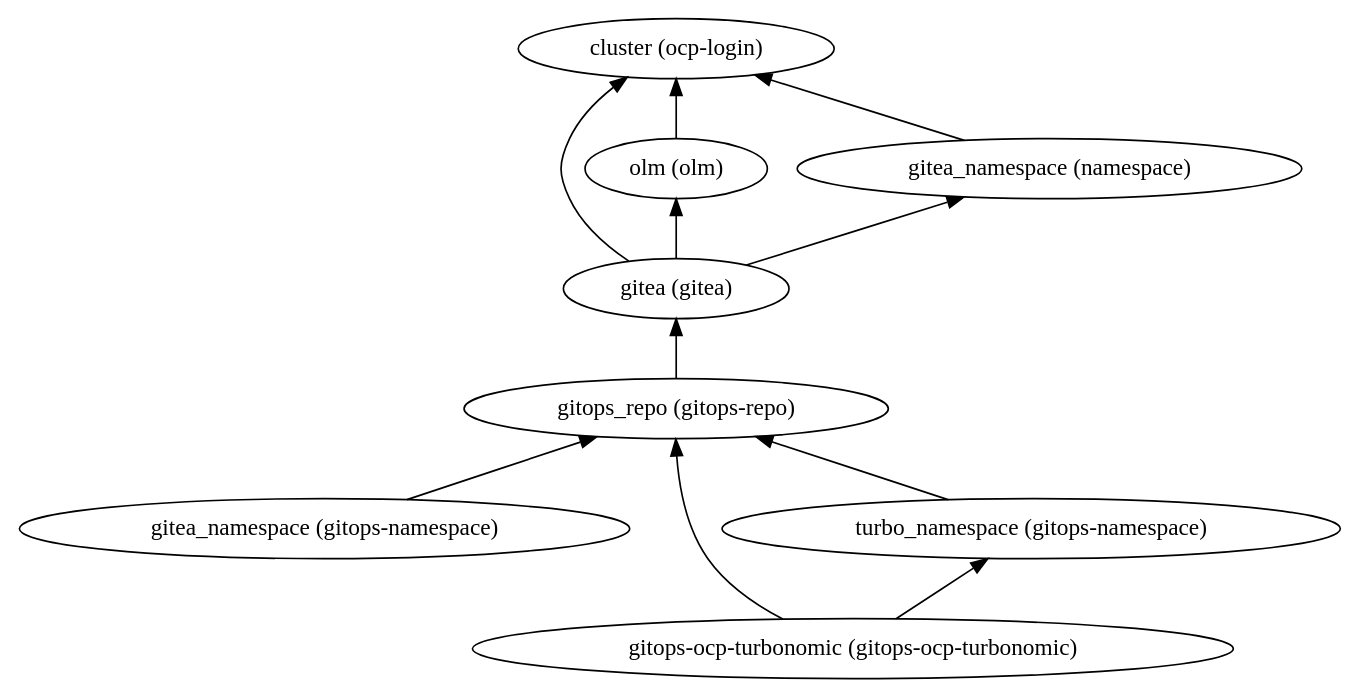
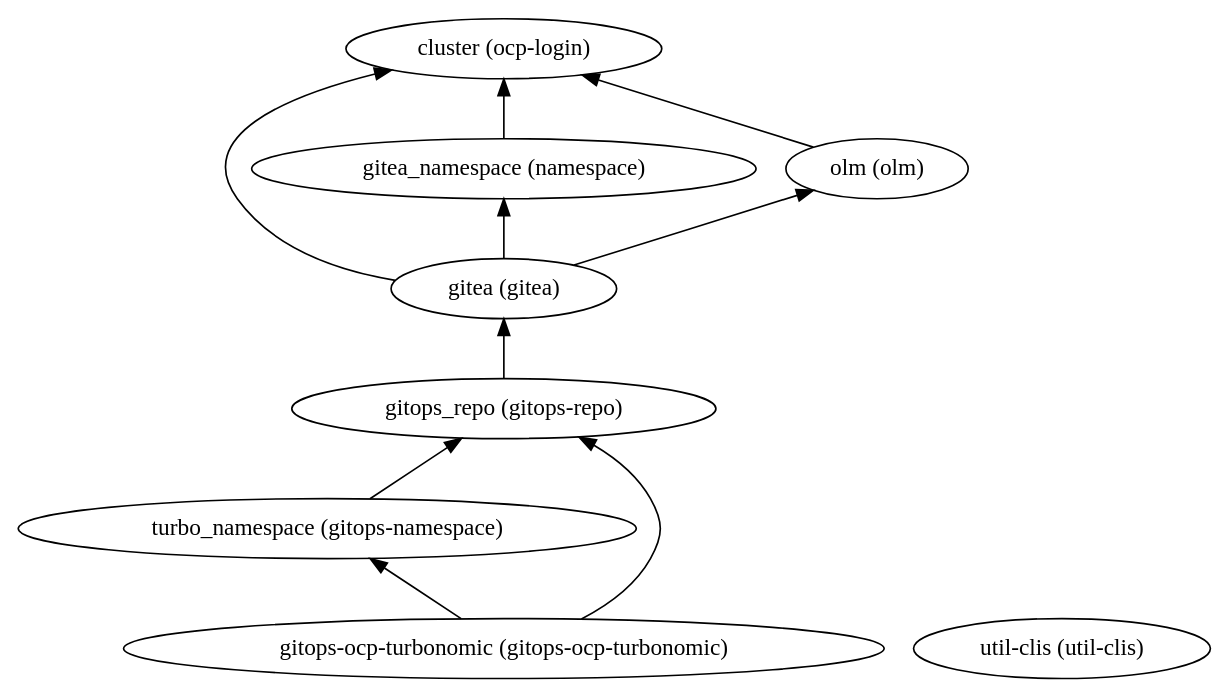
Before and after one commit to IBM/automation-turbonomic: the diagram in 250-turbonomic-multicloud/dependencies.dot, drawn with Graphviz. The commit also changed 20 other files, not shown here.

```diff
--- a/250-turbonomic-multicloud/dependencies.dot
+++ b/250-turbonomic-multicloud/dependencies.dot
@@ -1,21 +1,20 @@
 digraph {
     rankdir="BT"
-    "gitea (gitea)" -> "cluster (ocp-login)"
+    "cluster (ocp-login)"
+"gitea_namespace (namespace)" -> "cluster (ocp-login)"
+"gitea_namespace (namespace)"
+"gitea (gitea)" -> "cluster (ocp-login)"
 "gitea (gitea)" -> "olm (olm)"
 "gitea (gitea)" -> "gitea_namespace (namespace)"
 "gitea (gitea)"
-"cluster (ocp-login)"
 "olm (olm)" -> "cluster (ocp-login)"
 "olm (olm)"
-"gitea_namespace (namespace)" -> "cluster (ocp-login)"
-"gitea_namespace (namespace)"
-"gitea_namespace (gitops-namespace)" -> "gitops_repo (gitops-repo)"
-"gitea_namespace (gitops-namespace)"
+"turbo_namespace (gitops-namespace)" -> "gitops_repo (gitops-repo)"
+"turbo_namespace (gitops-namespace)"
 "gitops_repo (gitops-repo)" -> "gitea (gitea)"
 "gitops_repo (gitops-repo)"
-"turbo_namespace (gitops-namespace)" -> "gitops_repo (gitops-repo)"
-"turbo_namespace (gitops-namespace)"
 "gitops-ocp-turbonomic (gitops-ocp-turbonomic)" -> "gitops_repo (gitops-repo)"
 "gitops-ocp-turbonomic (gitops-ocp-turbonomic)" -> "turbo_namespace (gitops-namespace)"
 "gitops-ocp-turbonomic (gitops-ocp-turbonomic)"
+"util-clis (util-clis)"
   }
```
